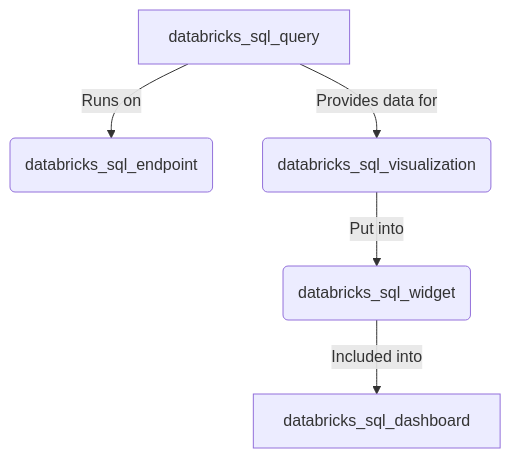
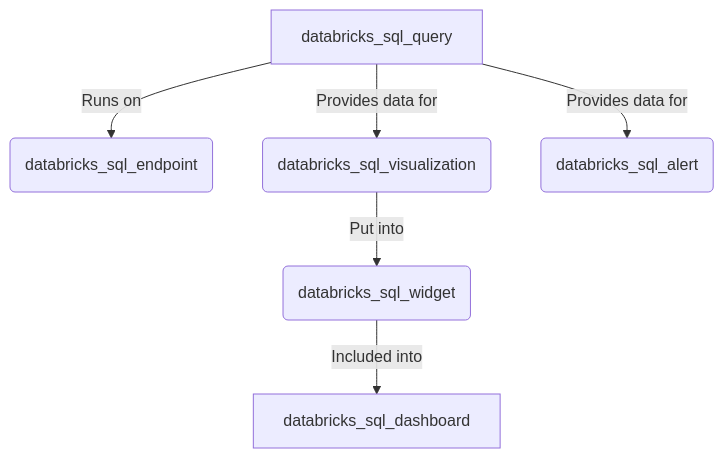
One commit to alexott/terraform-playground changed the diagram in dbsql-demo/README.md. Above: the diagram before and after it, drawn with Mermaid. The commit also changed other lines of this file and 3 other files, not shown here.

````diff
--- a/dbsql-demo/README.md
+++ b/dbsql-demo/README.md
@@ -9,7 +9,8 @@
 ```mermaid
 graph TD
     A[databricks_sql_query] -->|Runs on| B(databricks_sql_endpoint)
     A -->|Provides data for| C(databricks_sql_visualization)
     C -->|Put into| D(databricks_sql_widget)
     D -->|Included into| E[databricks_sql_dashboard]
+    A -->|Provides data for| F(databricks_sql_alert)
 ```
````
